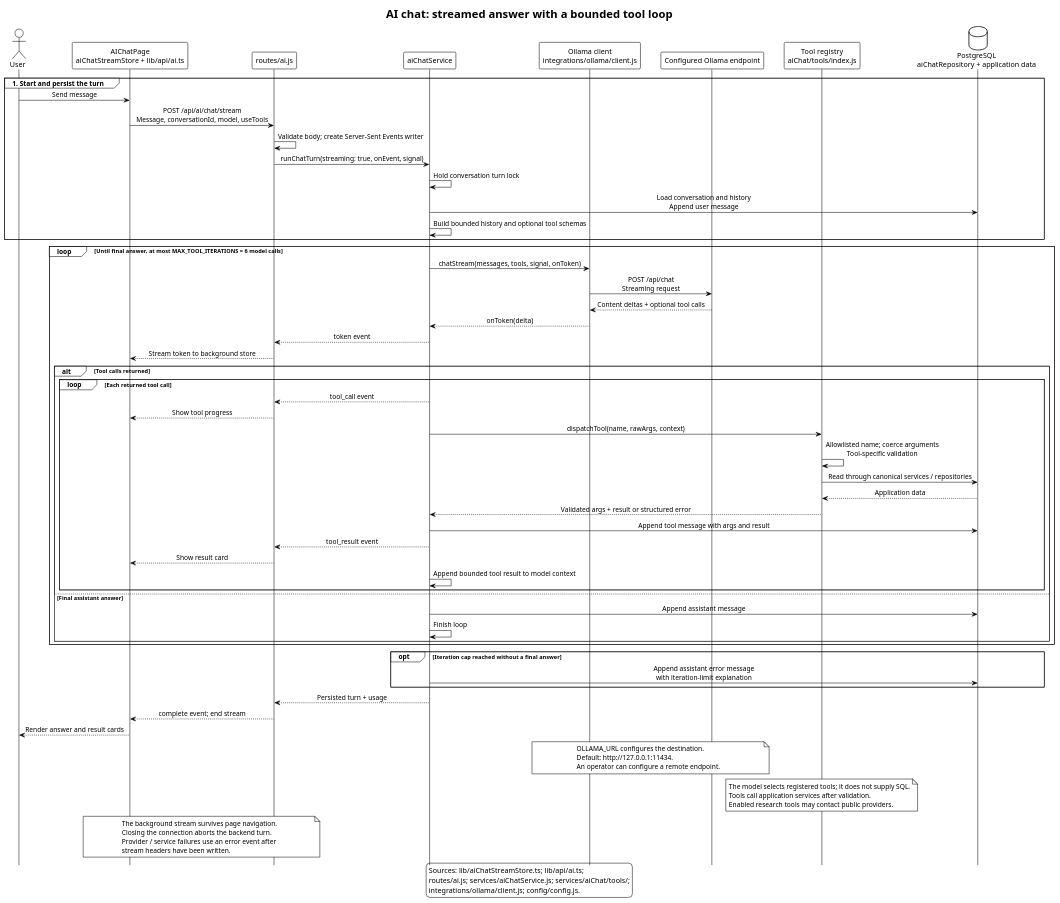
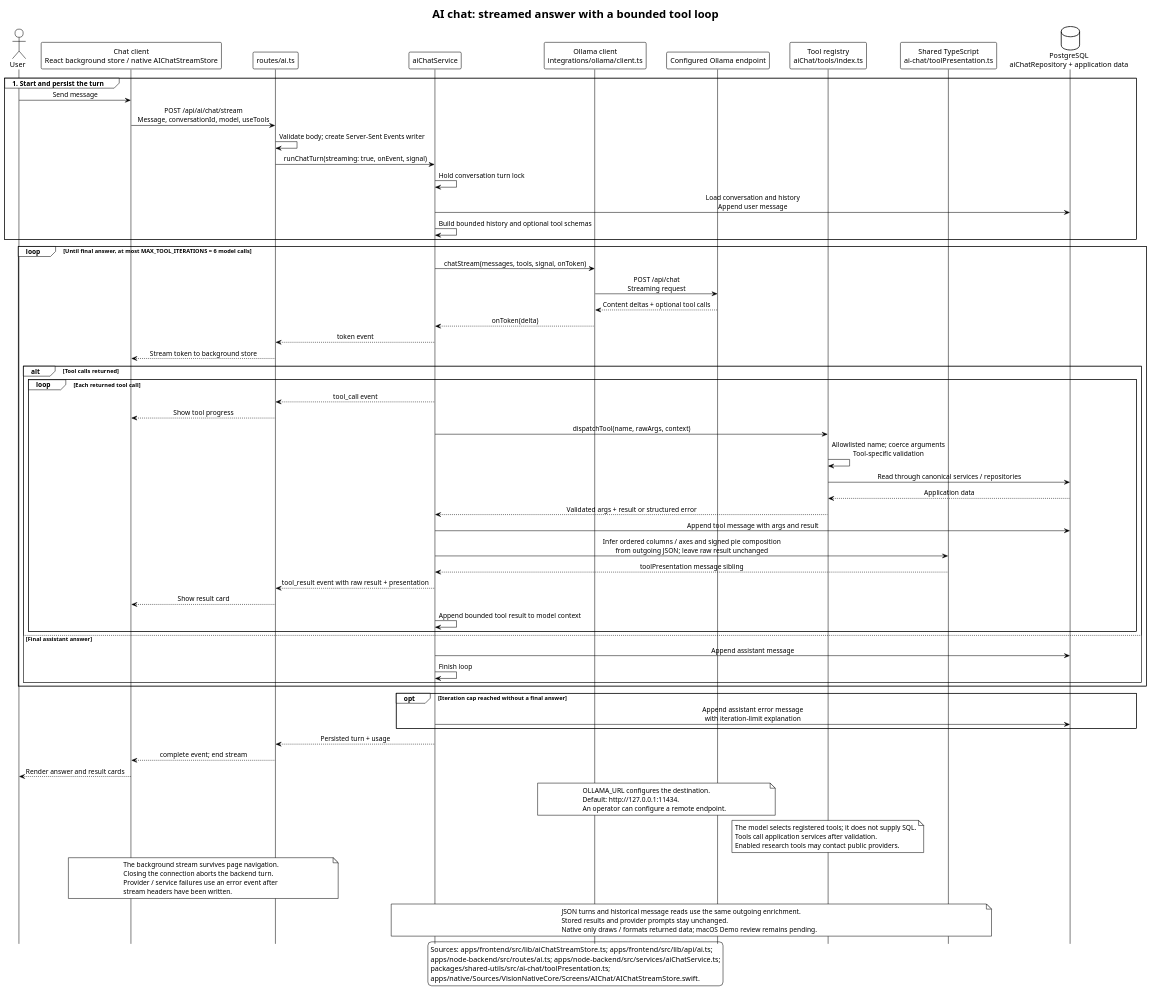
The diagram in docs/diagrams/ai-chat-tool-loop.puml (EraPartner/Vision), drawn with PlantUML before and after one commit. The commit also changed 761 other files, not shown here.

Commit message:
feat(native): Vision Native SwiftUI port, native-only Debug Demo and main fixes (#279)

```diff
--- a/docs/diagrams/ai-chat-tool-loop.puml
+++ b/docs/diagrams/ai-chat-tool-loop.puml
@@ -1,88 +1,98 @@
 @startuml ai-chat-tool-loop
 title AI chat: streamed answer with a bounded tool loop
 
 !theme plain
 hide footbox
 skinparam participantPadding 15
 skinparam sequenceMessageAlign center
 
 actor User
-participant "AIChatPage\naiChatStreamStore + lib/api/ai.ts" as Frontend
-participant "routes/ai.js" as Route
+participant "Chat client\nReact background store / native AIChatStreamStore" as Frontend
+participant "routes/ai.ts" as Route
 participant "aiChatService" as Chat
-participant "Ollama client\nintegrations/ollama/client.js" as Client
+participant "Ollama client\nintegrations/ollama/client.ts" as Client
 participant "Configured Ollama endpoint" as Ollama
-participant "Tool registry\naiChat/tools/index.js" as Tools
+participant "Tool registry\naiChat/tools/index.ts" as Tools
+participant "Shared TypeScript\nai-chat/toolPresentation.ts" as Presentation
 database "PostgreSQL\naiChatRepository + application data" as DB
 
 group 1. Start and persist the turn
   User -> Frontend : Send message
   Frontend -> Route : POST /api/ai/chat/stream\nMessage, conversationId, model, useTools
   Route -> Route : Validate body; create Server-Sent Events writer
   Route -> Chat : runChatTurn(streaming: true, onEvent, signal)
   Chat -> Chat : Hold conversation turn lock
   Chat -> DB : Load conversation and history\nAppend user message
   Chat -> Chat : Build bounded history and optional tool schemas
 end
 
 loop Until final answer, at most MAX_TOOL_ITERATIONS = 6 model calls
   Chat -> Client : chatStream(messages, tools, signal, onToken)
   Client -> Ollama : POST /api/chat\nStreaming request
   Ollama --> Client : Content deltas + optional tool calls
   Client --> Chat : onToken(delta)
   Chat --> Route : token event
   Route --> Frontend : Stream token to background store
 
   alt Tool calls returned
     loop Each returned tool call
       Chat --> Route : tool_call event
       Route --> Frontend : Show tool progress
       Chat -> Tools : dispatchTool(name, rawArgs, context)
       Tools -> Tools : Allowlisted name; coerce arguments\nTool-specific validation
       Tools -> DB : Read through canonical services / repositories
       DB --> Tools : Application data
       Tools --> Chat : Validated args + result or structured error
       Chat -> DB : Append tool message with args and result
-      Chat --> Route : tool_result event
+      Chat -> Presentation : Infer ordered columns / axes and signed pie composition\nfrom outgoing JSON; leave raw result unchanged
+      Presentation --> Chat : toolPresentation message sibling
+      Chat --> Route : tool_result event with raw result + presentation
       Route --> Frontend : Show result card
       Chat -> Chat : Append bounded tool result to model context
     end
   else Final assistant answer
     Chat -> DB : Append assistant message
     Chat -> Chat : Finish loop
   end
 end
 
 opt Iteration cap reached without a final answer
   Chat -> DB : Append assistant error message\nwith iteration-limit explanation
 end
 Chat --> Route : Persisted turn + usage
 Route --> Frontend : complete event; end stream
 Frontend --> User : Render answer and result cards
 
 note over Client, Ollama
   OLLAMA_URL configures the destination.
   Default: http://127.0.0.1:11434.
   An operator can configure a remote endpoint.
 end note
 
 note over Tools
   The model selects registered tools; it does not supply SQL.
   Tools call application services after validation.
   Enabled research tools may contact public providers.
 end note
 
 note over Frontend, Route
   The background stream survives page navigation.
   Closing the connection aborts the backend turn.
   Provider / service failures use an error event after
   stream headers have been written.
 end note
 
+note over Chat, Presentation
+  JSON turns and historical message reads use the same outgoing enrichment.
+  Stored results and provider prompts stay unchanged.
+  Native only draws / formats returned data; macOS Demo review remains pending.
+end note
+
 legend bottom
-  Sources: lib/aiChatStreamStore.ts; lib/api/ai.ts;
-  routes/ai.js; services/aiChatService.js; services/aiChat/tools/;
-  integrations/ollama/client.js; config/config.js.
+  Sources: apps/frontend/src/lib/aiChatStreamStore.ts; apps/frontend/src/lib/api/ai.ts;
+  apps/node-backend/src/routes/ai.ts; apps/node-backend/src/services/aiChatService.ts;
+  packages/shared-utils/src/ai-chat/toolPresentation.ts;
+  apps/native/Sources/VisionNativeCore/Screens/AIChat/AIChatStreamStore.swift.
 endlegend
 
 @enduml
```
